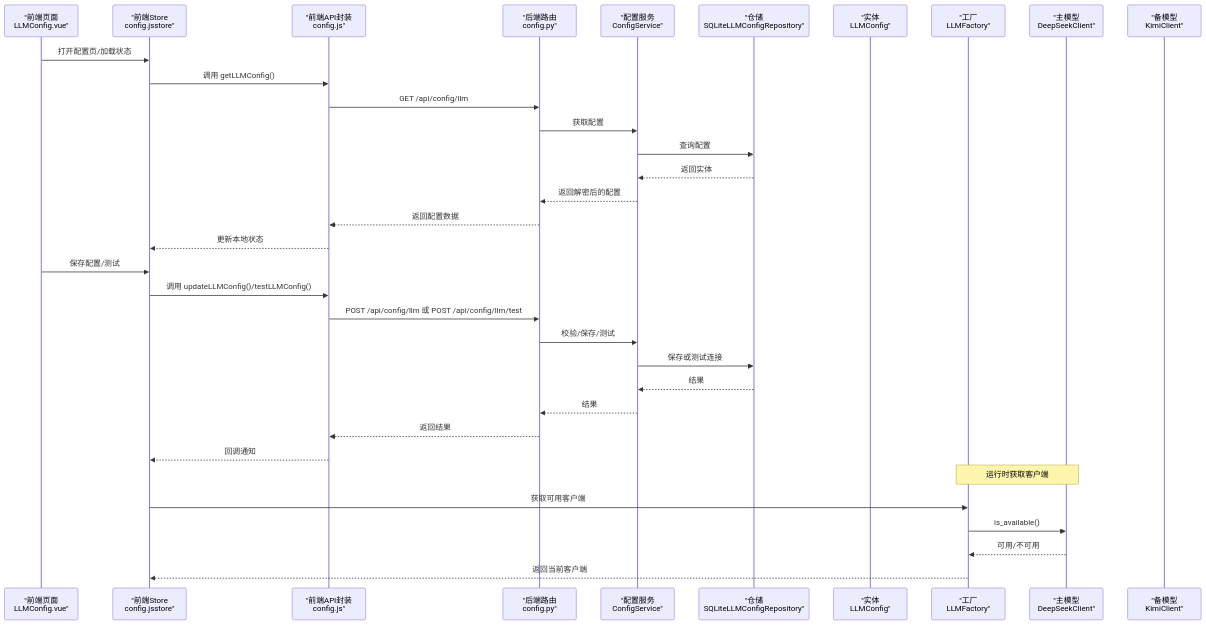
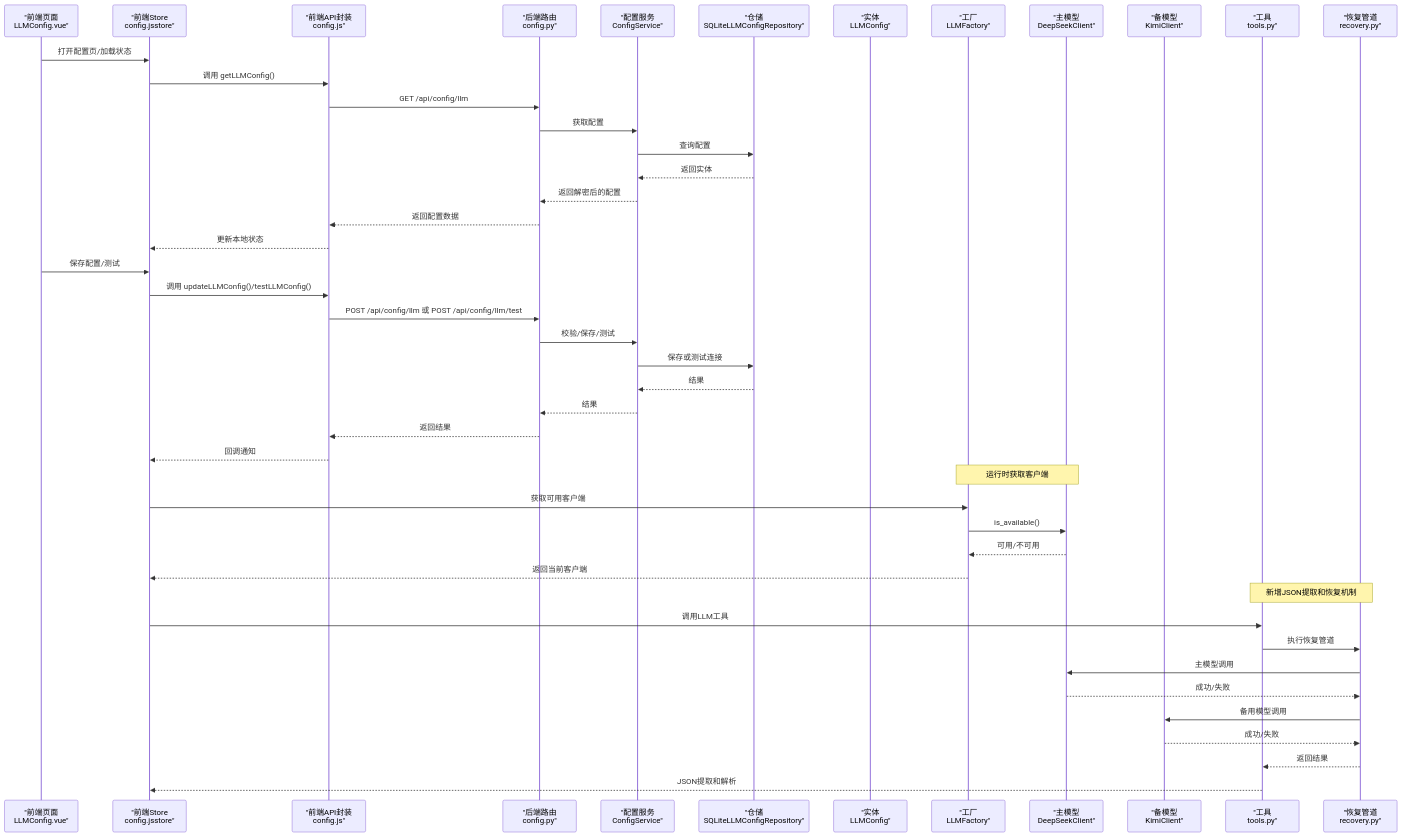
Before and after one commit to octsfm/InkTrace: the second of 8 diagrams in .qoder/repowiki/zh/content/AI模型集成/AI模型集成.md, drawn with Mermaid. The commit also changed other lines of this file and 25 other files, not shown here.

````diff
--- a/.qoder/repowiki/zh/content/AI模型集成/AI模型集成.md
+++ b/.qoder/repowiki/zh/content/AI模型集成/AI模型集成.md
@@ -140,36 +157,47 @@
 ```mermaid
 sequenceDiagram
 participant FE as "前端页面<br/>LLMConfig.vue"
 participant FS as "前端Store<br/>config.jsstore"
 participant FA as "前端API封装<br/>config.js"
 participant API as "后端路由<br/>config.py"
 participant SVC as "配置服务<br/>ConfigService"
 participant REPO as "仓储<br/>SQLiteLLMConfigRepository"
 participant ENT as "实体<br/>LLMConfig"
 participant FAC as "工厂<br/>LLMFactory"
 participant PRI as "主模型<br/>DeepSeekClient"
 participant BAK as "备模型<br/>KimiClient"
+participant TOOL as "工具<br/>tools.py"
+participant RP as "恢复管道<br/>recovery.py"
 FE->>FS : 打开配置页/加载状态
 FS->>FA : 调用 getLLMConfig()
 FA->>API : GET /api/config/llm
 API->>SVC : 获取配置
 SVC->>REPO : 查询配置
 REPO-->>SVC : 返回实体
 SVC-->>API : 返回解密后的配置
 API-->>FA : 返回配置数据
 FA-->>FS : 更新本地状态
 FE->>FS : 保存配置/测试
 FS->>FA : 调用 updateLLMConfig()/testLLMConfig()
 FA->>API : POST /api/config/llm 或 POST /api/config/llm/test
 API->>SVC : 校验/保存/测试
 SVC->>REPO : 保存或测试连接
 REPO-->>SVC : 结果
 SVC-->>API : 结果
 API-->>FA : 返回结果
 FA-->>FS : 回调通知
 Note over FAC,PRI : 运行时获取客户端
 FS->>FAC : 获取可用客户端
 FAC->>PRI : is_available()
 PRI-->>FAC : 可用/不可用
 FAC-->>FS : 返回当前客户端
+Note over TOOL,RP : 新增JSON提取和恢复机制
+FS->>TOOL : 调用LLM工具
+TOOL->>RP : 执行恢复管道
+RP->>PRI : 主模型调用
+PRI-->>RP : 成功/失败
+RP->>BAK : 备用模型调用
+BAK-->>RP : 成功/失败
+RP-->>TOOL : 返回结果
+TOOL-->>FS : JSON提取和解析
 ```
````
